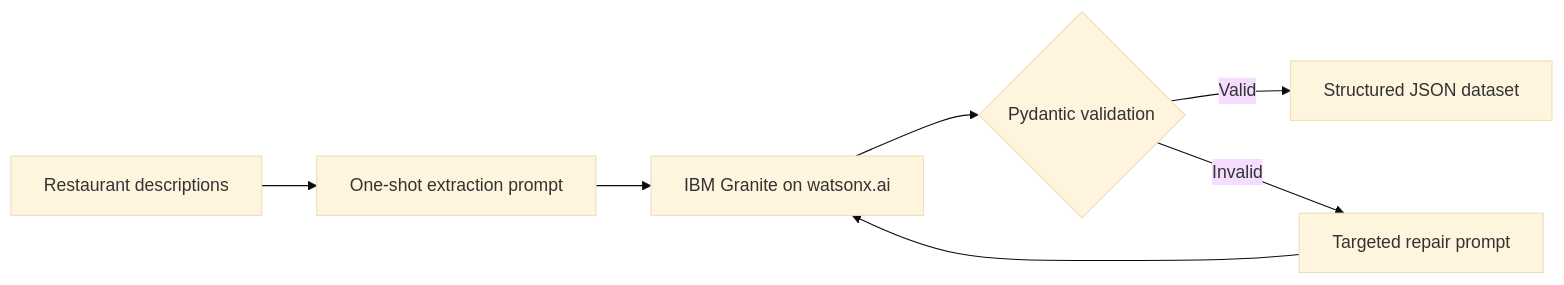
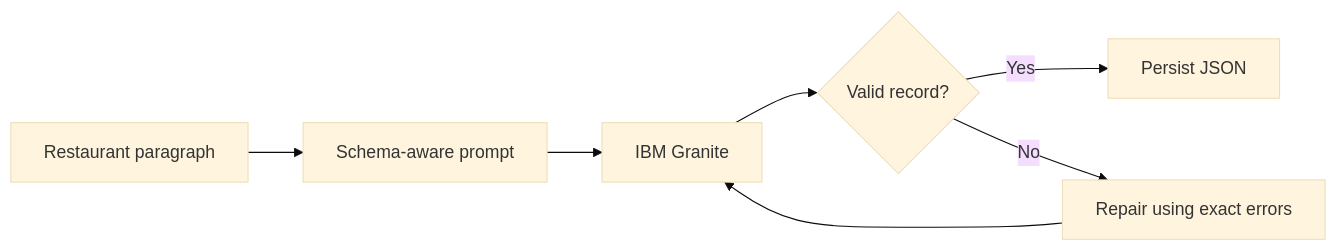
Before and after one commit to Djordje3002/ibm-rag-agentic-ai-showcase: the second of 3 diagrams in README.md, drawn with Mermaid (base theme). The commit also changed other lines of this file and 1 other file, not shown here.

````diff
--- a/README.md
+++ b/README.md
@@ -36,9 +159,9 @@
 ```mermaid
 flowchart LR
-    A["Restaurant descriptions"] --> B["One-shot extraction prompt"]
-    B --> C["IBM Granite on watsonx.ai"]
-    C --> D{"Pydantic validation"}
-    D -->|Valid| E["Structured JSON dataset"]
-    D -->|Invalid| F["Targeted repair prompt"]
+    A["Restaurant paragraph"] --> B["Schema-aware prompt"]
+    B --> C["IBM Granite"]
+    C --> D{"Valid record?"}
+    D -->|"Yes"| E["Persist JSON"]
+    D -->|"No"| F["Repair using exact errors"]
     F --> C
 ```
````
